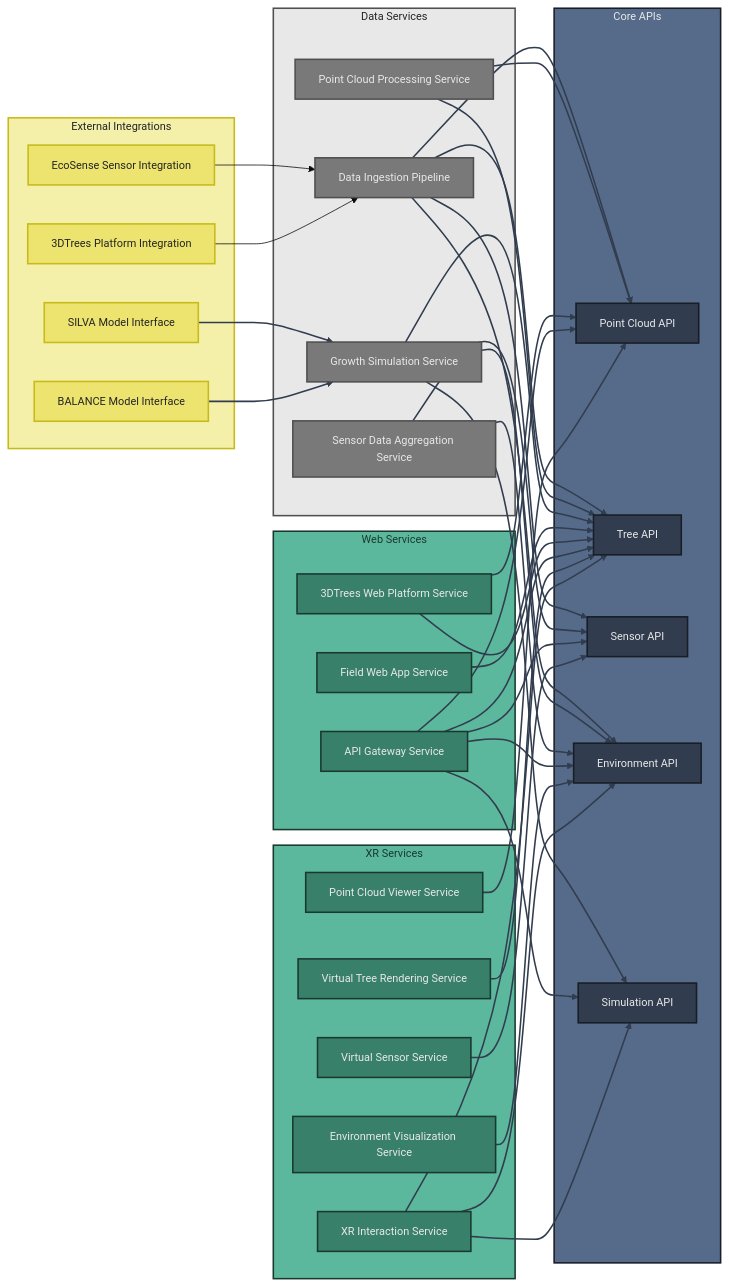
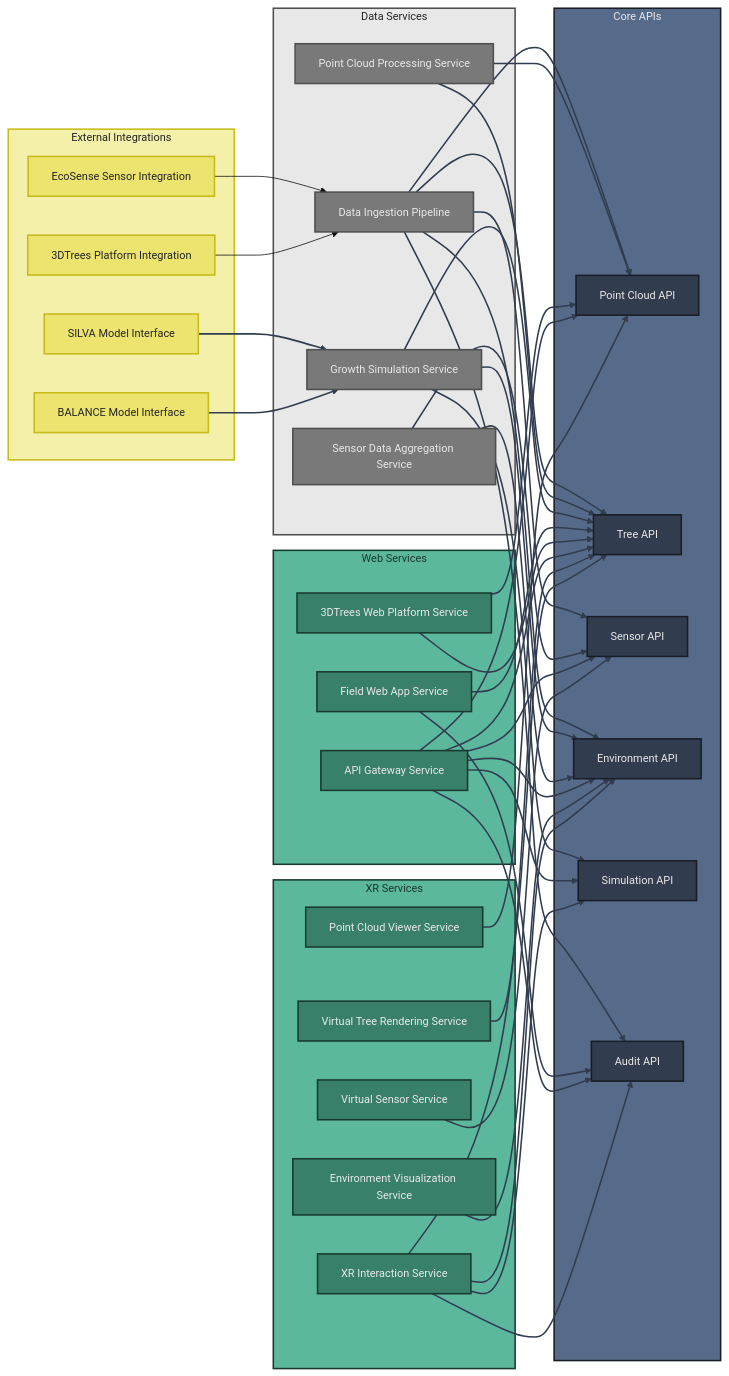
The diagram in docs/architecture/services.md (XRFutureForests/digital-twin-db), drawn with Mermaid before and after one commit. The commit also changed other lines of this file and 3 other files, not shown here.

````diff
--- a/docs/architecture/services.md
+++ b/docs/architecture/services.md
@@ -22,6 +22,7 @@
 API3[Sensor API]
 API4[Environment API]
 API5[Simulation API]
+API6[Audit API]
 end
 
 subgraph DATA_SERVICES["Data Services"]
@@ -57,6 +58,7 @@
 DS1 --> API2
 DS1 --> API3
 DS1 --> API4
+DS1 --> API6
 DS2 --> API1
 DS2 --> API2
 DS3 --> API2
@@ -67,6 +69,7 @@
 
 %% Web Services connections
 WS1 --> API2
+WS1 --> API6
 WS2 --> API1
 WS2 --> API2
 WS3 --> API1
@@ -74,6 +77,7 @@
 WS3 --> API3
 WS3 --> API4
 WS3 --> API5
+WS3 --> API6
 
 %% XR Services connections
 XS1 --> API2
@@ -82,6 +86,7 @@
 XS4 --> API2
 XS4 --> API4
 XS4 --> API5
+XS4 --> API6
 XS5 --> API3
 
 %% External integrations
@@ -105,7 +110,7 @@
 classDef externalNode fill:#ECE46f,stroke:#c7bb1a,stroke-width:2px,color:#242424
 
 class API_LAYER apiLayer
-class API1,API2,API3,API4,API5 apiNode
+class API1,API2,API3,API4,API5,API6 apiNode
 class DATA_SERVICES dataServices
 class DS1,DS2,DS3,DS4 dataNode
 class WEB_SERVICES webServices
@@ -115,5 +120,5 @@
 class EXTERNAL_SERVICES externalServices
 class ES1,ES2,ES3,ES4 externalNode
 
-linkStyle 0,1,2,3,4,5,6,7,8,9,10,11,12,13,14,15,16,17,18,19,20,21,22,23,24,25,26,27 stroke:#313D4F,stroke-width:2px
+linkStyle 0,1,2,3,4,5,6,7,8,9,10,11,12,13,14,15,16,17,18,19,20,21,22,23,24,25,26,27,28,29,30,31 stroke:#313D4F,stroke-width:2px
 ```
````
